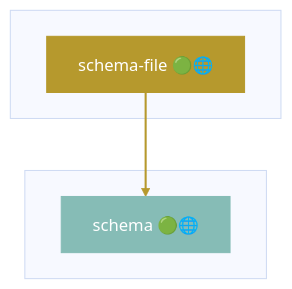
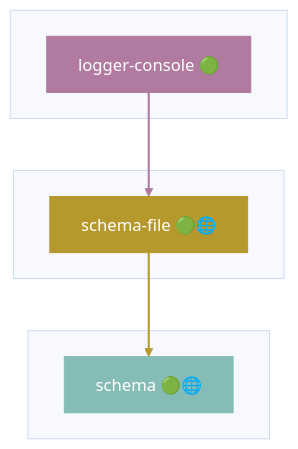
Diagram 32 of 40 in docs/DEPENDENCIES.md (grest-ts/grest-ts), drawn with Mermaid (base theme) before and after one commit. The commit also changed other lines of this file and 7 other files, not shown here.

````diff
--- a/docs/DEPENDENCIES.md
+++ b/docs/DEPENDENCIES.md
@@ -1553,13 +1559,19 @@
 ```mermaid
 flowchart TB
+    subgraph Dependents[" "]
+        logger-console["logger-console 🟢"]
+    end
     subgraph Package[" "]
         schema-file["schema-file 🟢🌐"]
     end
     subgraph Dependencies[" "]
         schema["schema 🟢🌐"]
     end
+    logger-console --> schema-file
     schema-file --> schema
     style schema-file fill:#B6992D,stroke:#B6992D,color:#fff
+    style logger-console fill:#B07AA1,stroke:#B07AA1,color:#fff
     style schema fill:#86BCB6,stroke:#86BCB6,color:#fff
-    linkStyle 0 stroke:#B6992D,stroke-width:2px
+    linkStyle 0 stroke:#B07AA1,stroke-width:2px
+    linkStyle 1 stroke:#B6992D,stroke-width:2px
 ```
````
